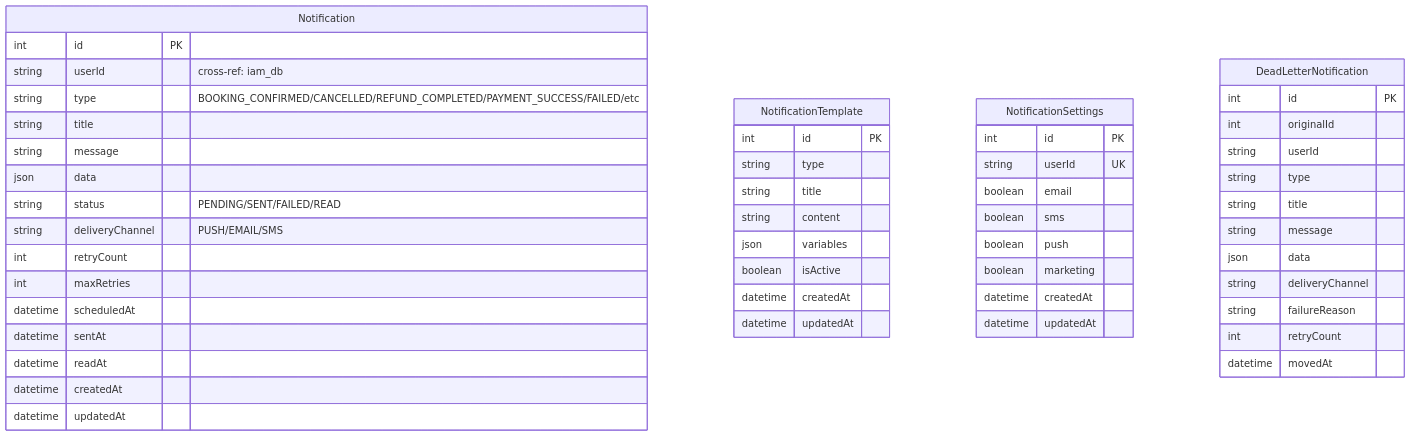
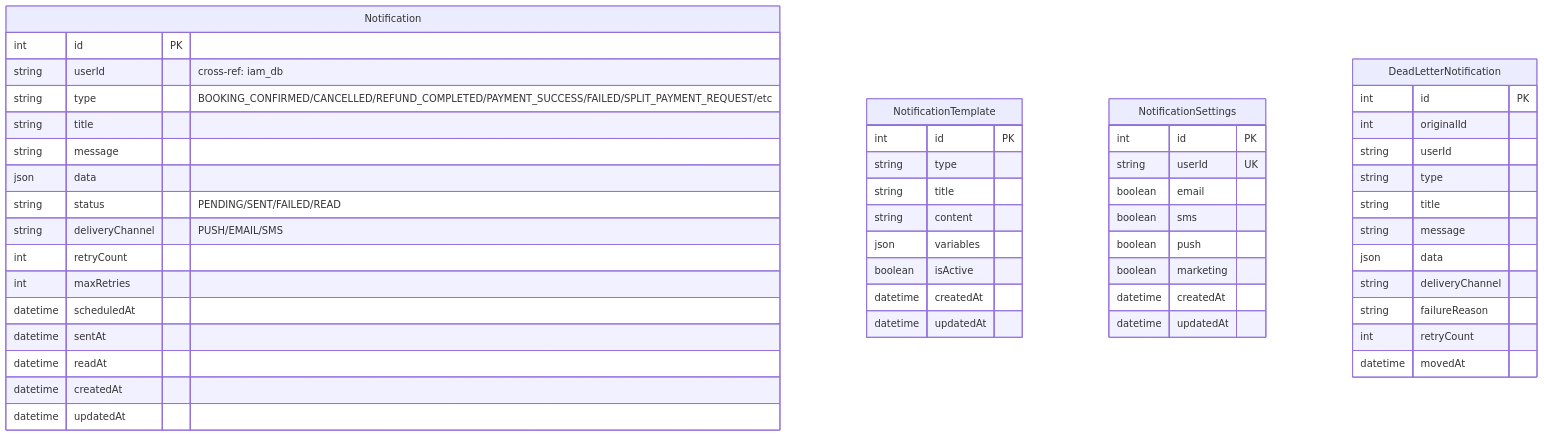
One commit to uniyous/parkgolf-platform changed diagram 28 of 28 in docs/architecture/DATABASE.md. Above: the diagram before and after it, drawn with Mermaid. The commit also changed other lines of this file and 17 other files, not shown here.

````diff
--- a/docs/architecture/DATABASE.md
+++ b/docs/architecture/DATABASE.md
@@ -1266,56 +1301,56 @@
 ```mermaid
 erDiagram
     Notification {
         int id PK
         string userId "cross-ref: iam_db"
-        string type "BOOKING_CONFIRMED/CANCELLED/REFUND_COMPLETED/PAYMENT_SUCCESS/FAILED/etc"
+        string type "BOOKING_CONFIRMED/CANCELLED/REFUND_COMPLETED/PAYMENT_SUCCESS/FAILED/SPLIT_PAYMENT_REQUEST/etc"
         string title
         string message
         json data
         string status "PENDING/SENT/FAILED/READ"
         string deliveryChannel "PUSH/EMAIL/SMS"
         int retryCount
         int maxRetries
         datetime scheduledAt
         datetime sentAt
         datetime readAt
         datetime createdAt
         datetime updatedAt
     }
 
     NotificationTemplate {
         int id PK
         string type
         string title
         string content
         json variables
         boolean isActive
         datetime createdAt
         datetime updatedAt
     }
 
     NotificationSettings {
         int id PK
         string userId UK
         boolean email
         boolean sms
         boolean push
         boolean marketing
         datetime createdAt
         datetime updatedAt
     }
 
     DeadLetterNotification {
         int id PK
         int originalId
         string userId
         string type
         string title
         string message
         json data
         string deliveryChannel
         string failureReason
         int retryCount
         datetime movedAt
     }
 ```
````
